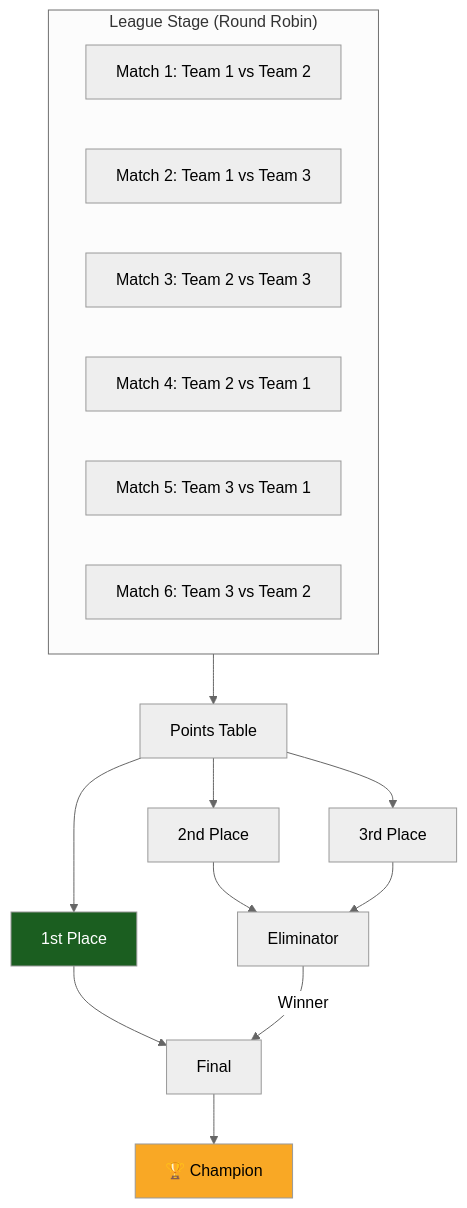
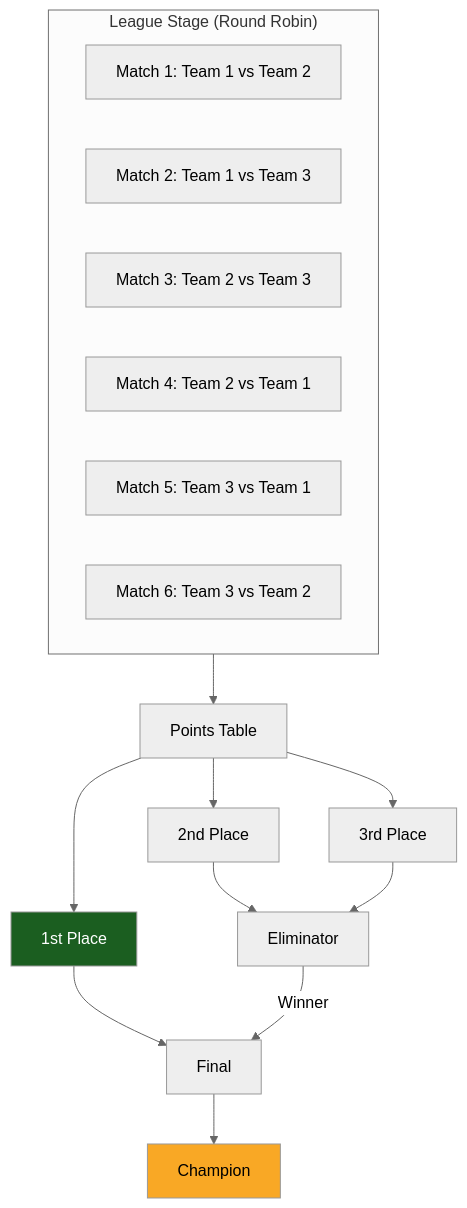
One commit to vishnukadiyala/CricketScoringApp changed the sixth of 6 diagrams in README.md. Above: the diagram before and after it, drawn with Mermaid (neutral theme). The commit also changed other lines of this file, not shown here.

````diff
--- a/README.md
+++ b/README.md
@@ -403,27 +387,27 @@
 ```mermaid
 flowchart TD
     subgraph League["League Stage (Round Robin)"]
         M1[Match 1: Team 1 vs Team 2]
         M2[Match 2: Team 1 vs Team 3]
         M3[Match 3: Team 2 vs Team 3]
         M4[Match 4: Team 2 vs Team 1]
         M5[Match 5: Team 3 vs Team 1]
         M6[Match 6: Team 3 vs Team 2]
     end
 
     League --> PT[Points Table]
     PT --> F1[1st Place]
     PT --> F2[2nd Place]
     PT --> F3[3rd Place]
 
     F2 --> E[Eliminator]
     F3 --> E
 
     F1 --> Final
     E -->|Winner| Final
 
-    Final --> Champion[🏆 Champion]
+    Final --> Champion[Champion]
 
     style F1 fill:#1b5e20,color:#fff
     style Champion fill:#f9a825,color:#000
 ```
````
